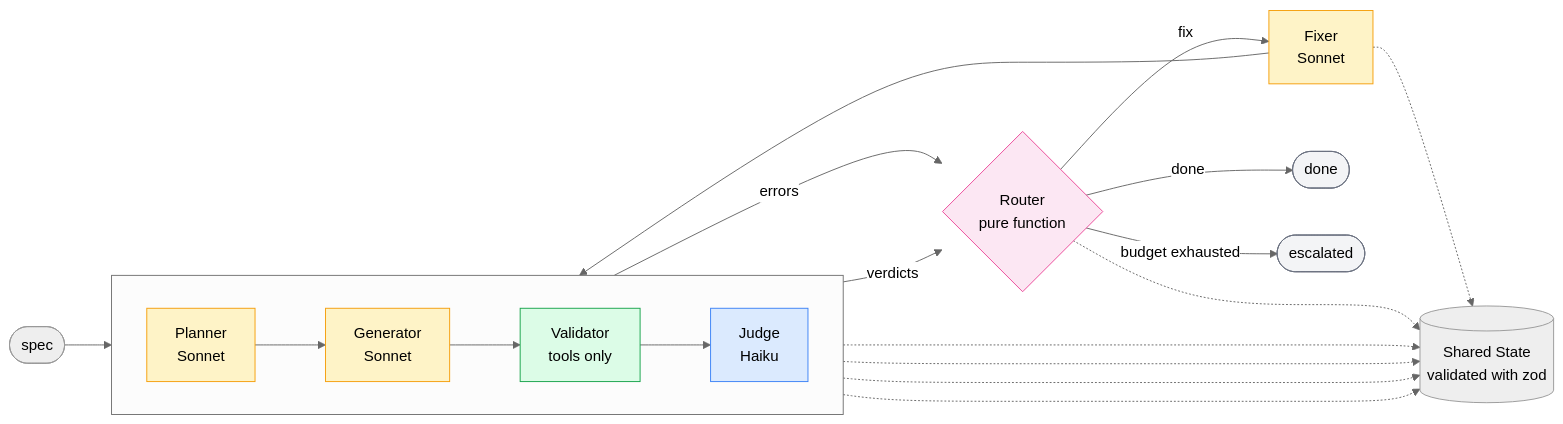
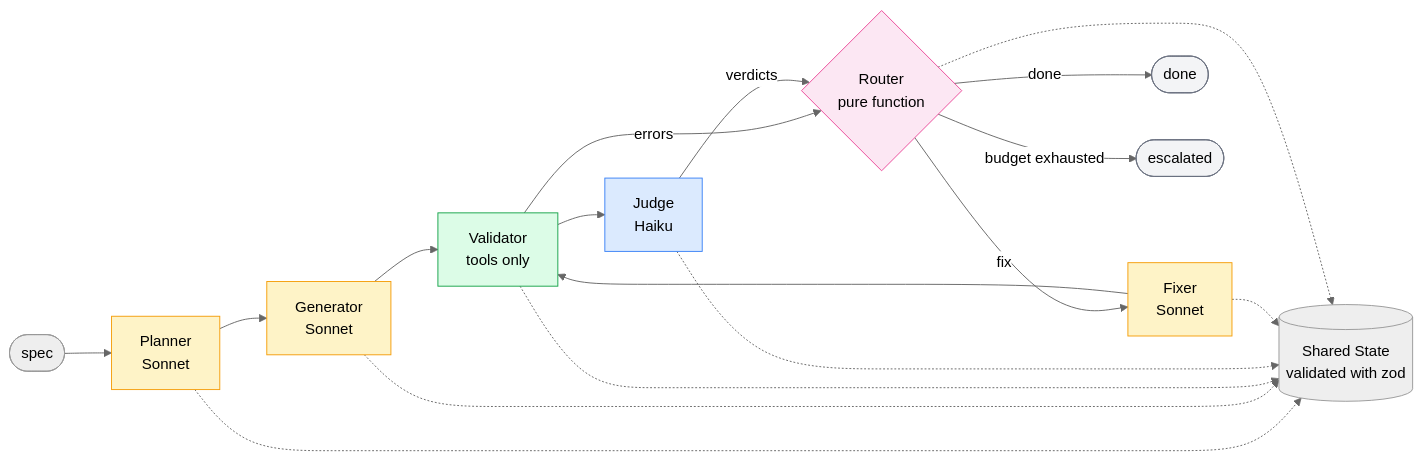
Before and after one commit to uakhouri/bimm-agent-challenge: the diagram in README.md, drawn with Mermaid (neutral theme).

Commit message:
docs(README): modifed the architecture diagram to remove the grey foreground

````diff
--- a/README.md
+++ b/README.md
@@ -63,38 +63,34 @@
 ```mermaid
 flowchart LR
-    spec([spec]) --> P
-
-    subgraph nodes [" "]
-      direction LR
-      P[Planner<br/>Sonnet] --> G[Generator<br/>Sonnet]
-      G --> V[Validator<br/>tools only]
-      V --> J[Judge<br/>Haiku]
-    end
+    spec([spec]) --> P[Planner<br/>Sonnet]
+    P --> G[Generator<br/>Sonnet]
+    G --> V[Validator<br/>tools only]
+    V --> J[Judge<br/>Haiku]
 
     V -->|errors| R
     J -->|verdicts| R
     R{Router<br/>pure function} -->|fix| F[Fixer<br/>Sonnet]
     F --> V
     R -->|done| DONE([done])
     R -->|budget exhausted| ESC([escalated])
 
     state[(Shared State<br/>validated with zod)]
     P -.-> state
     G -.-> state
     V -.-> state
     J -.-> state
     F -.-> state
     R -.-> state
 
-    classDef sonnet fill:#fef3c7,stroke:#f59e0b
-    classDef haiku fill:#dbeafe,stroke:#3b82f6
-    classDef tools fill:#dcfce7,stroke:#16a34a
-    classDef router fill:#fce7f3,stroke:#ec4899
-    classDef terminal fill:#f3f4f6,stroke:#6b7280
+    classDef sonnet fill:#fef3c7,stroke:#f59e0b,color:#000
+    classDef haiku fill:#dbeafe,stroke:#3b82f6,color:#000
+    classDef tools fill:#dcfce7,stroke:#16a34a,color:#000
+    classDef router fill:#fce7f3,stroke:#ec4899,color:#000
+    classDef terminal fill:#f3f4f6,stroke:#6b7280,color:#000
 
     class P,G,F sonnet
     class J haiku
     class V tools
     class R router
     class DONE,ESC terminal
 ```
````
